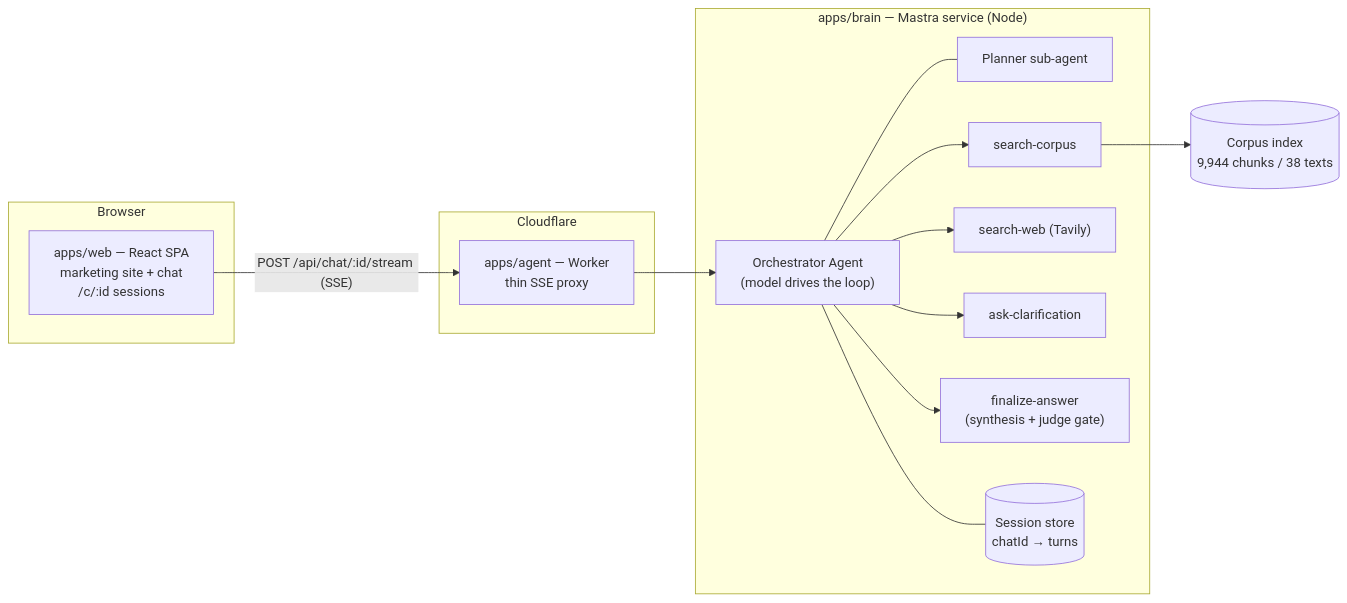
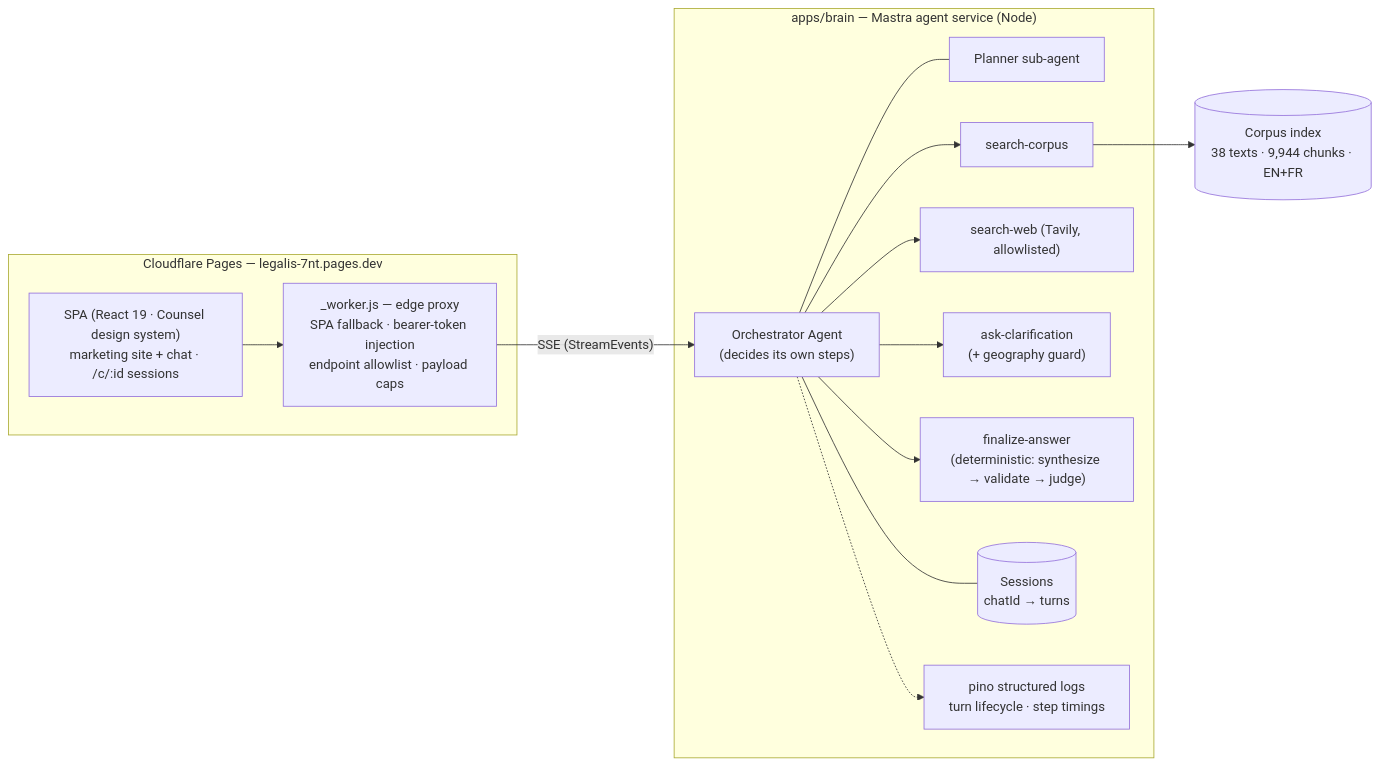
One commit to gastonche/legalis changed the first of 2 diagrams in README.md. Above: the diagram before and after it, drawn with Mermaid. The commit also changed other lines of this file and 11 other files, not shown here.

First line of the commit message:
feat(observability,docs): pino structured logging + senior-grade README + LICENSE

````diff
--- a/README.md
+++ b/README.md
@@ -28,26 +46,27 @@
 ```mermaid
 flowchart LR
-    subgraph Browser
-        SPA["apps/web — React SPA<br/>marketing site + chat<br/>/c/:id sessions"]
+    subgraph Edge["Cloudflare Pages — legalis-7nt.pages.dev"]
+        SPA["SPA (React 19 · Counsel design system)<br/>marketing site + chat · /c/:id sessions"]
+        EW["_worker.js — edge proxy<br/>SPA fallback · bearer-token injection<br/>endpoint allowlist · payload caps"]
     end
-    subgraph Edge["Cloudflare"]
-        W["apps/agent — Worker<br/>thin SSE proxy"]
-    end
-    subgraph Brain["apps/brain — Mastra service (Node)"]
-        O["Orchestrator Agent<br/>(model drives the loop)"]
+    subgraph Brain["apps/brain — Mastra agent service (Node)"]
+        O["Orchestrator Agent<br/>(decides its own steps)"]
         P["Planner sub-agent"]
         T1["search-corpus"]
-        T2["search-web (Tavily)"]
-        T3["ask-clarification"]
-        T4["finalize-answer<br/>(synthesis + judge gate)"]
-        S[("Session store<br/>chatId → turns")]
+        T2["search-web (Tavily, allowlisted)"]
+        T3["ask-clarification<br/>(+ geography guard)"]
+        T4["finalize-answer<br/>(deterministic: synthesize → validate → judge)"]
+        S[("Sessions<br/>chatId → turns")]
+        L["pino structured logs<br/>turn lifecycle · step timings"]
     end
-    V[("Corpus index<br/>9,944 chunks / 38 texts")]
-    SPA -- "POST /api/chat/:id/stream (SSE)" --> W --> O
+    V[("Corpus index<br/>38 texts · 9,944 chunks · EN+FR")]
+    SPA --> EW
+    EW -- "SSE (StreamEvents)" --> O
     O --- P
     O --> T1 --> V
     O --> T2
     O --> T3
     O --> T4
     O --- S
+    O -.-> L
 ```
````
